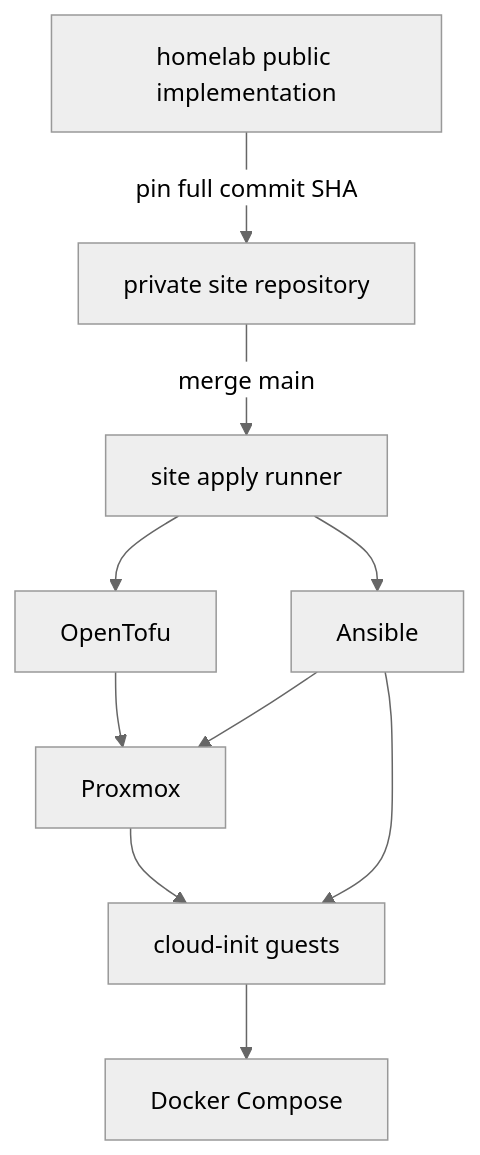
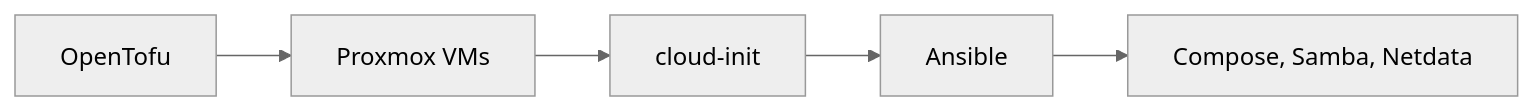
Before and after one commit to herickmotta/homelab: the third of 3 diagrams in README.md, drawn with Mermaid (neutral theme). The commit also changed other lines of this file, not shown here.

First line of the commit message:
Show runtime architecture in the public README.

````diff
--- a/README.md
+++ b/README.md
@@ -15,12 +80,7 @@
 ```mermaid
-flowchart TD
-  public["homelab public implementation"] -->|"pin full commit SHA"| site["private site repository"]
-  site -->|"merge main"| sentinel["site apply runner"]
-  sentinel --> tofu["OpenTofu"]
-  sentinel --> ansible["Ansible"]
-  tofu --> pve["Proxmox"]
-  ansible --> pve
-  pve --> guests["cloud-init guests"]
-  ansible --> guests
-  guests --> compose["Docker Compose"]
+flowchart LR
+  tofu["OpenTofu"] --> pve["Proxmox VMs"]
+  pve --> cidata["cloud-init"]
+  cidata --> ans["Ansible"]
+  ans --> apps["Compose, Samba, Netdata"]
 ```
````
